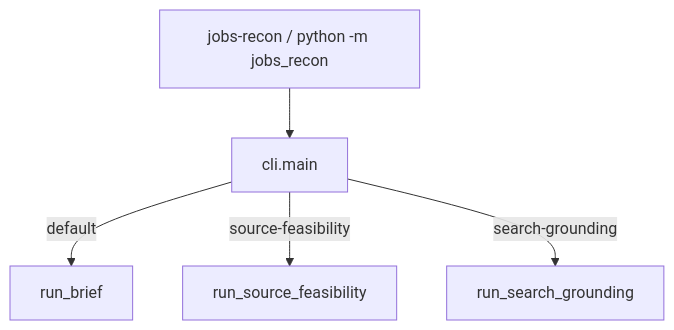
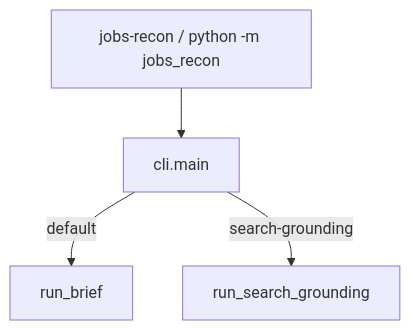
The first of 3 diagrams in README.md (Trevor5008/Jobs-Recon), drawn with Mermaid before and after one commit. The commit also changed other lines of this file and 13 other files, not shown here.

Commit message:
mvp-0.4.1-remove-source-feasibility - Drop static source profiles and the empty source-feasibility CLI - App now focuses on local posting recon and search-grounding discovery - README and CHANGELOG updated

````diff
--- a/README.md
+++ b/README.md
@@ -141,7 +135,6 @@
 ```mermaid
 flowchart TD
   entry["jobs-recon / python -m jobs_recon"] --> main[cli.main]
   main -->|"default"| briefCmd[run_brief]
-  main -->|source-feasibility| sourceCmd[run_source_feasibility]
   main -->|search-grounding| discoveryCmd[run_search_grounding]
 ```
````
